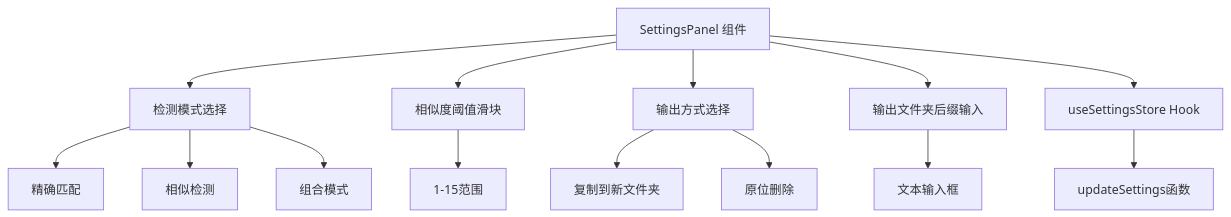
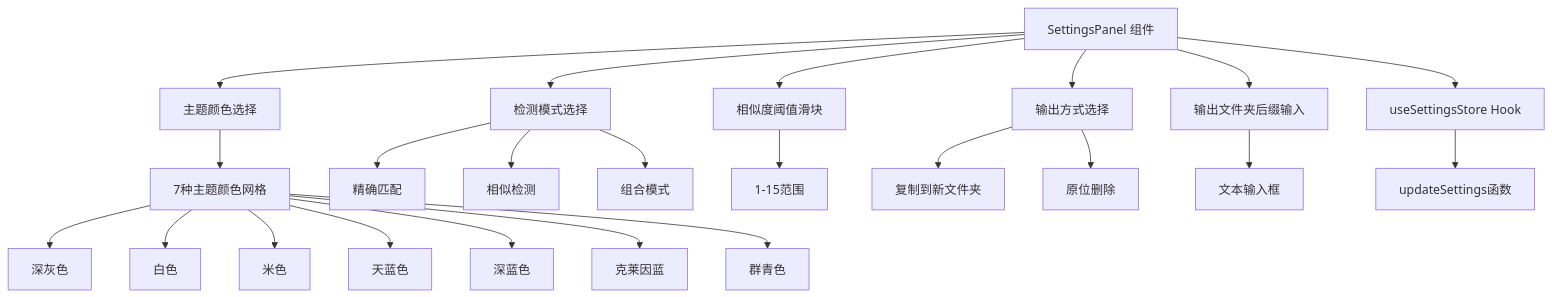
One commit to remgasuki/ReDoPhoto changed the seventh of 9 diagrams in .qoder/repowiki/zh/content/核心服务模块/设置管理服务.md. Above: the diagram before and after it, drawn with Mermaid. The commit also changed other lines of this file and 10 other files, not shown here.

````diff
--- a/.qoder/repowiki/zh/content/核心服务模块/设置管理服务.md
+++ b/.qoder/repowiki/zh/content/核心服务模块/设置管理服务.md
@@ -263,16 +284,25 @@
 ```mermaid
 graph TB
-SP[SettingsPanel 组件] --> HM[检测模式选择]
+SP[SettingsPanel 组件] --> TC[主题颜色选择]
+SP --> HM[检测模式选择]
 SP --> PT[相似度阈值滑块]
 SP --> OM[输出方式选择]
 SP --> OF[输出文件夹后缀输入]
+TC --> Themes[7种主题颜色网格]
+Themes --> Black[深灰色]
+Themes --> White[白色]
+Themes --> Beige[米色]
+Themes --> SkyBlue[天蓝色]
+Themes --> DarkBlue[深蓝色]
+Themes --> KleinBlue[克莱因蓝]
+Themes --> Qing[群青色]
 HM --> Radio1[精确匹配]
 HM --> Radio2[相似检测]
 HM --> Radio3[组合模式]
 PT --> RangeInput[1-15范围]
 OM --> Copy[复制到新文件夹]
 OM --> Delete[原位删除]
 OF --> TextInput[文本输入框]
 SP --> StoreHook[useSettingsStore Hook]
 StoreHook --> UpdateSettings[updateSettings函数]
 ```
````
